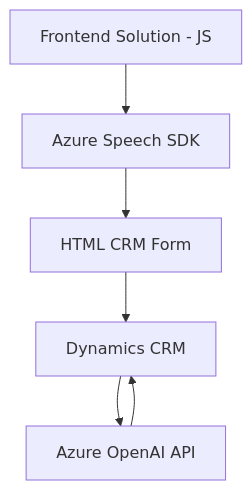
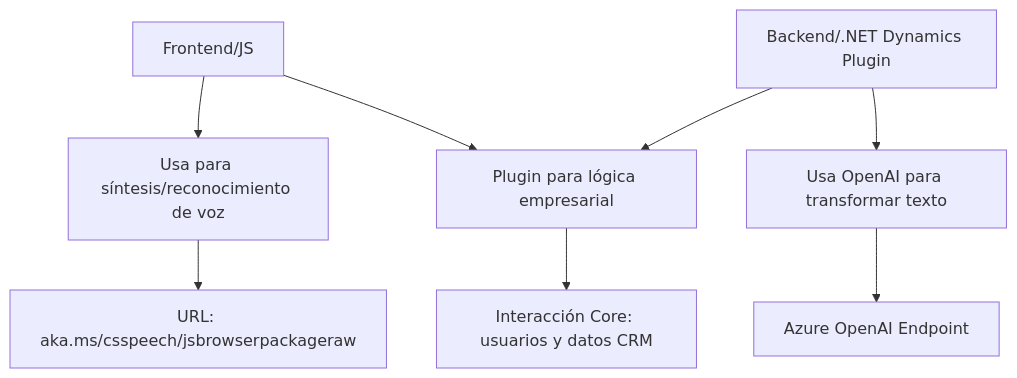
One commit to blopezdm/NETCORE_BILBAO2025 changed the diagram in README.md. Above: the diagram before and after it, drawn with Mermaid. The commit also changed other lines of this file, not shown here.

````diff
--- a/README.md
+++ b/README.md
@@ -52,14 +47,16 @@
 ```mermaid
 graph TD
-Frontend["Frontend Solution - JS"]
-SpeechSDK["Azure Speech SDK"]
-Form["HTML CRM Form"]
-CRM_Server["Dynamics CRM"]
-AzureAI["Azure OpenAI API"]
+    A[Frontend/JS]
+    B[Backend/.NET Dynamics Plugin]
+    C[Azure Speech SDK]
+    D[Azure OpenAI API]
+    E[Microsoft Dynamics CRM]
 
-Frontend --> SpeechSDK
-SpeechSDK --> Form
-Form --> CRM_Server
-CRM_Server --> AzureAI
-AzureAI --> CRM_Server
+    A --> C["Usa para síntesis/reconocimiento de voz"]
+    A --> E["Manejo de formularios del CRM"]
+    B --> D["Usa OpenAI para transformar texto"]
+    B --> E["Plugin para lógica empresarial"]
+    C --> F["URL: aka.ms/csspeech/jsbrowserpackageraw"]
+    D --> F2["Azure OpenAI Endpoint"]
+    E --> G["Interacción Core: usuarios y datos CRM"]
 ```
````
